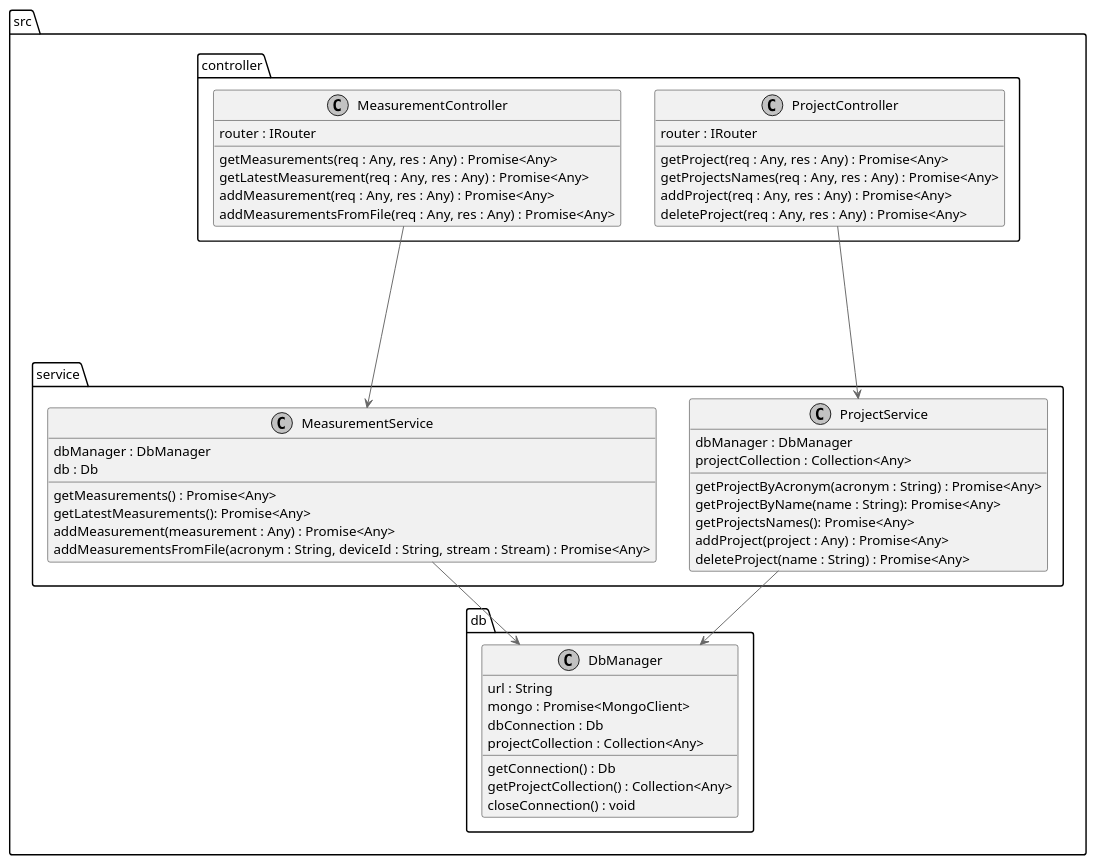
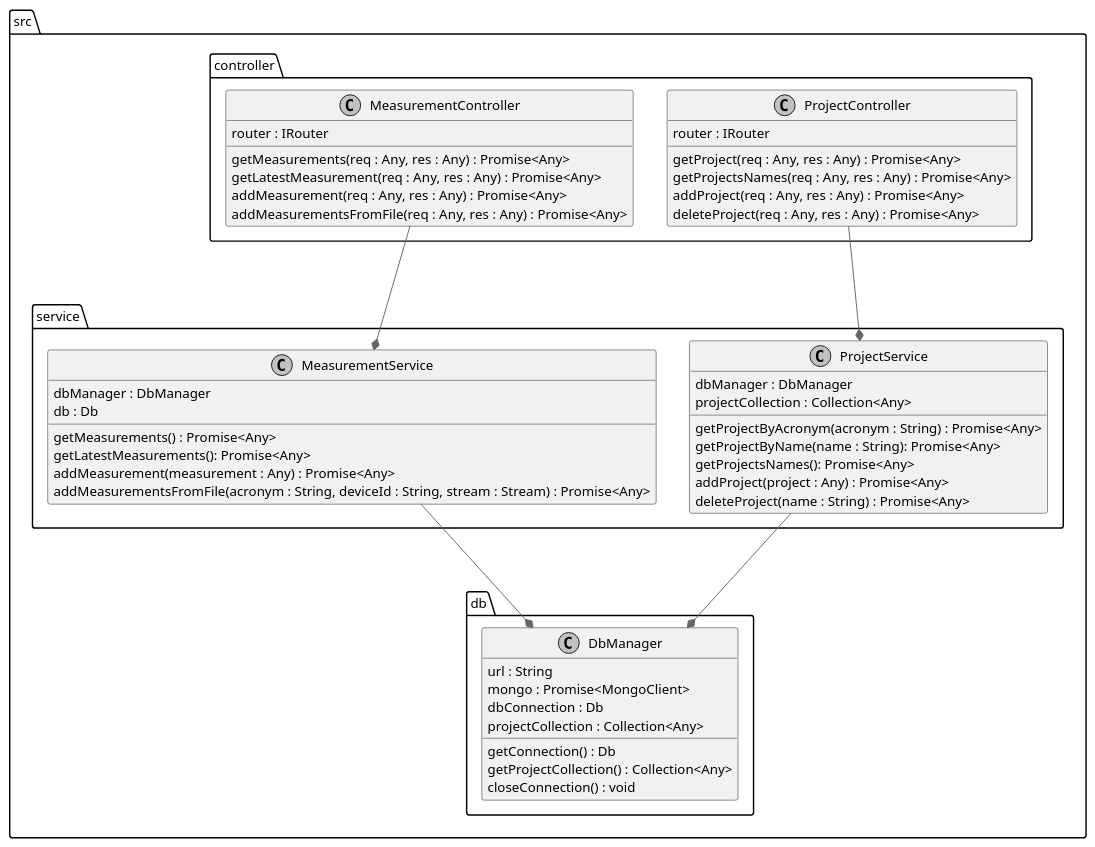
Before and after one commit to mateuszbarnacki/master-thesis: the diagram in arch-docs/sensor-service-diagram.puml, drawn with PlantUML.

Commit message:
Change arrows length

```diff
--- a/arch-docs/sensor-service-diagram.puml
+++ b/arch-docs/sensor-service-diagram.puml
@@ -1,63 +1,63 @@
 @startuml
 !include <c4/C4_Component>
 skinparam monochrome true
 set separator ::
 
 <style>
 class {
     Minimumwidth 100
     Maximumwidth 650
 }
 </style>
 
 class src::db::DbManager{
     {field} url : String
     {field} mongo : Promise<MongoClient>
     {field} dbConnection : Db
     {field} projectCollection : Collection<Any>
     {method} getConnection() : Db
     {method} getProjectCollection() : Collection<Any>
     {method} closeConnection() : void
 }
 
 class src::service::MeasurementService{
     {field} dbManager : DbManager
     {field} db : Db
     {method} getMeasurements() : Promise<Any>
     {method} getLatestMeasurements(): Promise<Any>
     {method} addMeasurement(measurement : Any) : Promise<Any>
     {method} addMeasurementsFromFile(acronym : String, deviceId : String, stream : Stream) : Promise<Any>
 }
 
 class src::service::ProjectService{
     {field} dbManager : DbManager
     {field} projectCollection : Collection<Any>
     {method} getProjectByAcronym(acronym : String) : Promise<Any>
     {method} getProjectByName(name : String): Promise<Any>
     {method} getProjectsNames(): Promise<Any>
     {method} addProject(project : Any) : Promise<Any>
     {method} deleteProject(name : String) : Promise<Any>
 }
 
 class src::controller::MeasurementController{
     {field} router : IRouter
     {method} getMeasurements(req : Any, res : Any) : Promise<Any>
     {method} getLatestMeasurement(req : Any, res : Any) : Promise<Any>
     {method} addMeasurement(req : Any, res : Any) : Promise<Any>
     {method} addMeasurementsFromFile(req : Any, res : Any) : Promise<Any>
 }
 
 class src::controller::ProjectController{
     {field} router : IRouter
     {method} getProject(req : Any, res : Any) : Promise<Any>
     {method} getProjectsNames(req : Any, res : Any) : Promise<Any>
     {method} addProject(req : Any, res : Any) : Promise<Any>
     {method} deleteProject(req : Any, res : Any) : Promise<Any>
 }
 
-src::controller::MeasurementController ----> src::service::MeasurementService
-src::controller::ProjectController ----> src::service::ProjectService
-src::service::MeasurementService --> src::db::DbManager
-src::service::ProjectService --> src::db::DbManager
+src::controller::MeasurementController ---* src::service::MeasurementService
+src::controller::ProjectController ---* src::service::ProjectService
+src::service::MeasurementService ---* src::db::DbManager
+src::service::ProjectService ---* src::db::DbManager
 
 @enduml
```
